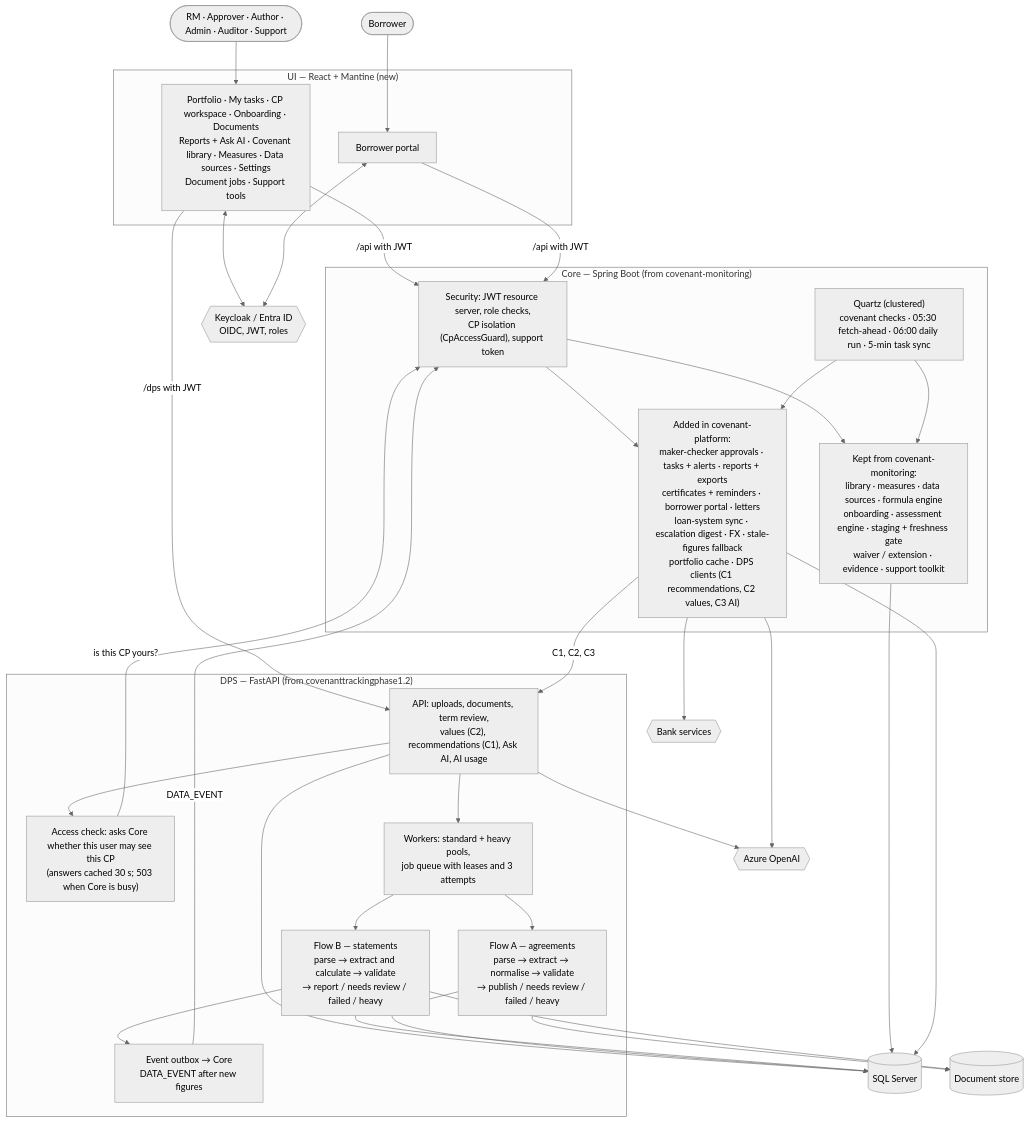
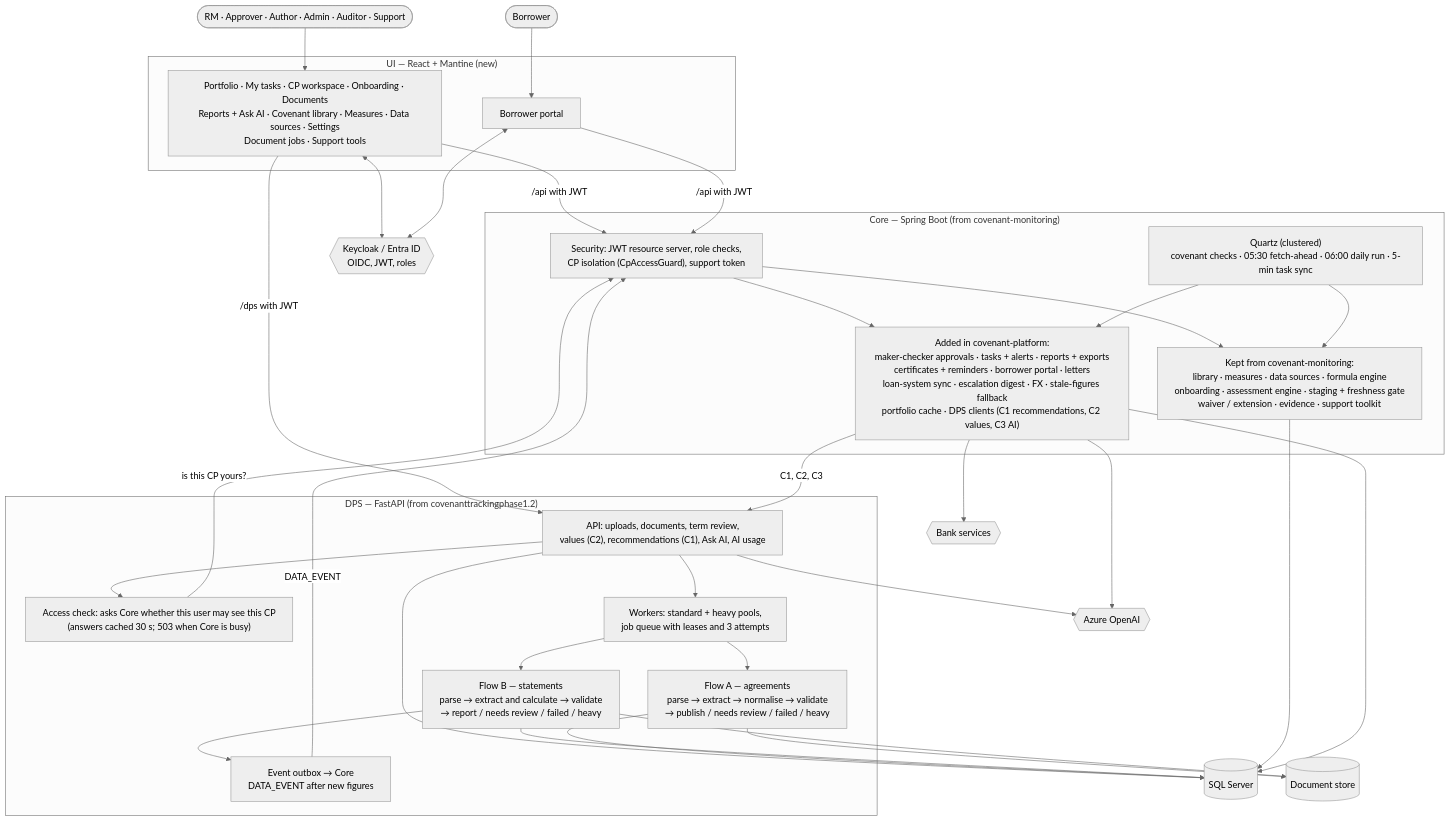
Before and after one commit to Vishwas2311/loan-covenant-platform: the second of 9 diagrams in docs/architecture/covenant-platform.md, drawn with Mermaid (neutral theme). The commit also changed other lines of this file and 3 other files, not shown here.

First line of the commit message:
Architecture diagrams: readable layouts and full titles

````diff
--- a/docs/architecture/covenant-platform.md
+++ b/docs/architecture/covenant-platform.md
@@ -76,49 +77,50 @@
 ```mermaid
+%%{init: {"flowchart": {"wrappingWidth": 420}}}%%
 flowchart TB
     staff(["RM · Approver · Author · Admin · Auditor · Support"])
     borrower(["Borrower"])
     idp{{"Keycloak / Entra ID<br/>OIDC, JWT, roles"}}
 
-    subgraph uiL["UI — React + Mantine (new)"]
+    subgraph uiL["UI — React + Mantine (new)"]
         spa["Portfolio · My tasks · CP workspace · Onboarding · Documents<br/>Reports + Ask AI · Covenant library · Measures · Data sources · Settings<br/>Document jobs · Support tools"]
         portal["Borrower portal"]
     end
 
-    subgraph coreL["Core — Spring Boot (from covenant-monitoring)"]
+    subgraph coreL["Core — Spring Boot (from covenant‑monitoring)"]
         sec["Security: JWT resource server, role checks,<br/>CP isolation (CpAccessGuard), support token"]
         kept["Kept from covenant-monitoring:<br/>library · measures · data sources · formula engine<br/>onboarding · assessment engine · staging + freshness gate<br/>waiver / extension · evidence · support toolkit"]
         added["Added in covenant-platform:<br/>maker-checker approvals · tasks + alerts · reports + exports<br/>certificates + reminders · borrower portal · letters<br/>loan-system sync · escalation digest · FX · stale-figures fallback<br/>portfolio cache · DPS clients (C1 recommendations, C2 values, C3 AI)"]
         q["Quartz (clustered)<br/>covenant checks · 05:30 fetch-ahead · 06:00 daily run · 5-min task sync"]
     end
 
-    subgraph dpsL["DPS — FastAPI (from covenanttrackingphase1.2)"]
+    subgraph dpsL["DPS — FastAPI (from covenanttrackingphase1.2)"]
         dapi["API: uploads, documents, term review,<br/>values (C2), recommendations (C1), Ask AI, AI usage"]
         acc["Access check: asks Core whether this user may see this CP<br/>(answers cached 30 s; 503 when Core is busy)"]
         fa["Flow A — agreements<br/>parse → extract → normalise → validate<br/>→ publish / needs review / failed / heavy"]
         fb["Flow B — statements<br/>parse → extract and calculate → validate<br/>→ report / needs review / failed / heavy"]
         wk["Workers: standard + heavy pools,<br/>job queue with leases and 3 attempts"]
         ob["Event outbox → Core<br/>DATA_EVENT after new figures"]
     end
 
     sql[("SQL Server")]
     store[("Document store")]
     aoai{{"Azure OpenAI"}}
     bank{{"Bank services"}}
 
     staff --> spa
     borrower --> portal
     spa & portal <--> idp
     spa & portal -->|/api with JWT| sec
     spa -->|/dps with JWT| dapi
     sec --> kept & added
     q --> kept & added
     kept & added --> sql
     added -->|C1, C2, C3| dapi
     dapi --> acc -->|is this CP yours?| sec
     dapi --> wk --> fa & fb
     fa & fb --> store
     fb --> ob -->|DATA_EVENT| sec
     dapi & fa & fb --> sql
     dapi & added --> aoai
     added --> bank
 ```
````
